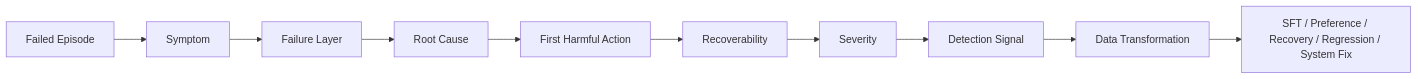
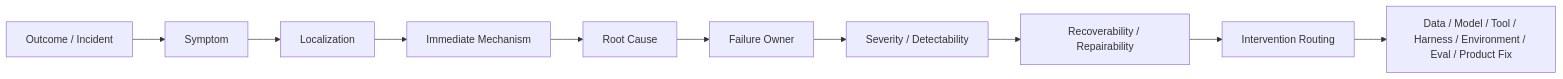
The first of 2 diagrams in LLM_Agent_Data/14_Agent_Failure_Taxonomy.md (JiangHui0203/Homework), drawn with Mermaid before and after one commit. The commit also changed other lines of this file, not shown here.

Commit message:
Refine chapter 14 as canonical Agent failure taxonomy chapter

````diff
--- a/LLM_Agent_Data/14_Agent_Failure_Taxonomy.md
+++ b/LLM_Agent_Data/14_Agent_Failure_Taxonomy.md
@@ -68,12 +41,12 @@
 ```mermaid
 flowchart LR
-    A[Failed Episode] --> B[Symptom]
-    B --> C[Failure Layer]
-    C --> D[Root Cause]
-    D --> E[First Harmful Action]
-    E --> F[Recoverability]
-    F --> G[Severity]
-    G --> H[Detection Signal]
-    H --> I[Data Transformation]
-    I --> J[SFT / Preference / Recovery / Regression / System Fix]
+    A[Outcome / Incident] --> B[Symptom]
+    B --> C[Localization]
+    C --> D[Immediate Mechanism]
+    D --> E[Root Cause]
+    E --> F[Failure Owner]
+    F --> G[Severity / Detectability]
+    G --> H[Recoverability / Repairability]
+    H --> I[Intervention Routing]
+    I --> J[Data / Model / Tool / Harness / Environment / Eval / Product Fix]
 ```
````
